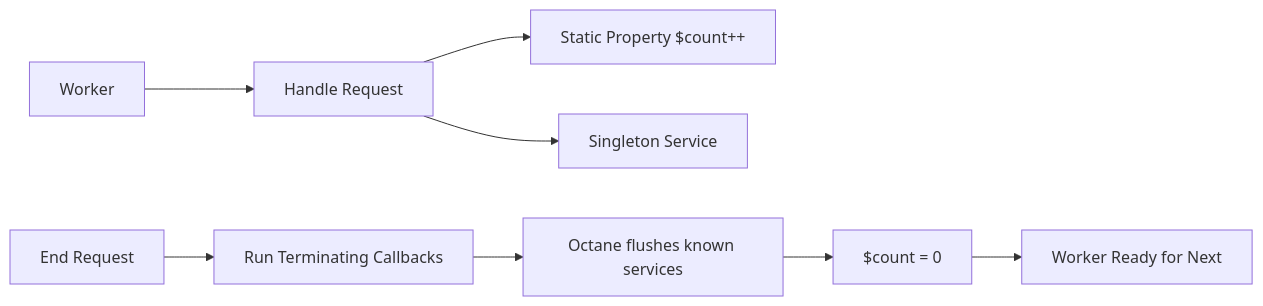
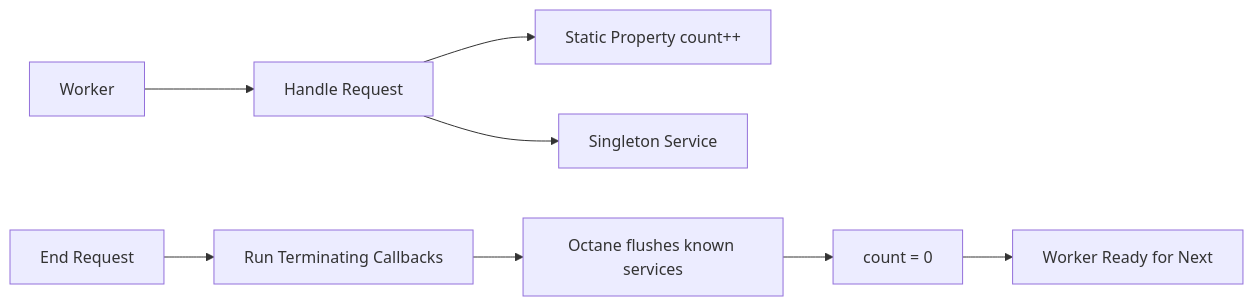
One commit to subhashladumor1/laravel-mastery-roadmap changed the third of 4 diagrams in diagrams/07-octane-architecture.md. Above: the diagram before and after it, drawn with Mermaid. The commit also changed other lines of this file and 15 other files, not shown here.

First line of the commit message:
fix diagram not render

````diff
--- a/diagrams/07-octane-architecture.md
+++ b/diagrams/07-octane-architecture.md
@@ -53,11 +53,11 @@
 ```mermaid
 graph LR
     Worker --> Request[Handle Request]
-    Request --> Static[Static Property $count++]
+    Request --> Static[Static Property count++]
     Request --> Single[Singleton Service]
     
     Response[End Request] --> Clean[Run Terminating Callbacks]
     Clean --> Flush[Octane flushes known services]
-    Flush --> Reset[$count = 0]
+    Flush --> Reset[count = 0]
     Reset --> Ready[Worker Ready for Next]
 ```
````
